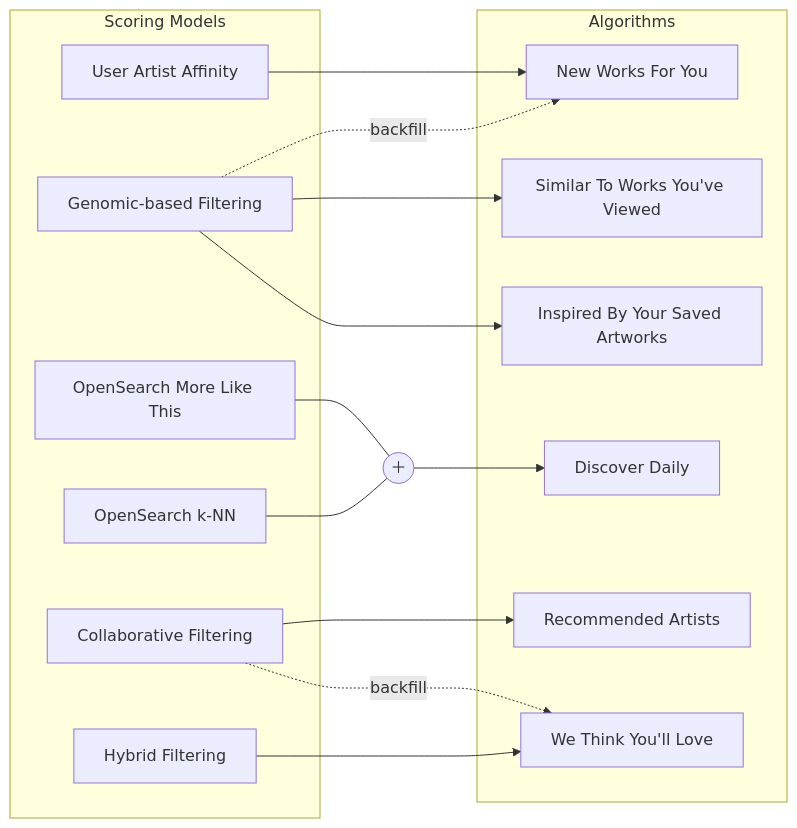
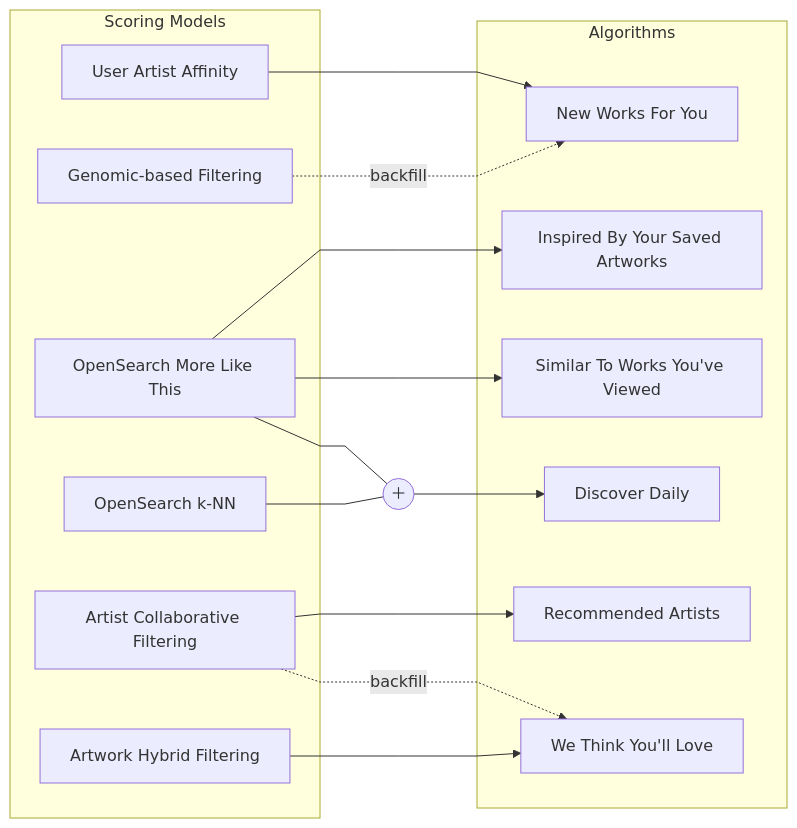
The diagram in systems/recommendations.md (artsy/README), drawn with Mermaid before and after one commit. The commit also changed 3 other files, not shown here.

Commit message:
feat: add documentation for inspired by saves and similar to views algorithms

````diff
--- a/systems/recommendations.md
+++ b/systems/recommendations.md
@@ -34,32 +34,32 @@
 ```mermaid
-graph LR
+%%{ init: { 'flowchart': { 'curve': 'linear' } } }%%
+flowchart LR
     subgraph Models [Scoring Models]
         M1[User Artist Affinity]
         M2[Genomic-based Filtering]
         M3[OpenSearch More Like This]
         M4[OpenSearch k-NN]
-        M5[Collaborative Filtering]
-        M6[Hybrid Filtering]
+        M5[Artist Collaborative Filtering]
+        M6[Artwork Hybrid Filtering]
     end
 
     subgraph Algos [Algorithms]
         A1[New Works For You]
+        A5[Inspired By Your Saved Artworks]
+        A4[Similar To Works You've Viewed]
         A2[Discover Daily]
-        A4[Similar To Works You've Viewed]
-        A5[Inspired By Your Saved Artworks]
         A3[Recommended Artists]
         A6[We Think You'll Love]
     end
 
     M1 --> A1
     M2 -.->|backfill| A1
     M3 --- M3+M4((＋))
     M4 --- M3+M4
     M3+M4 --> A2
-    M2 --> A4
-    M2 --> A5
+    M3 --> A5
+    M3 --> A4
     M5 --> A3
     M5 -.->|backfill| A6
     M6 --> A6
-
 ```
````
